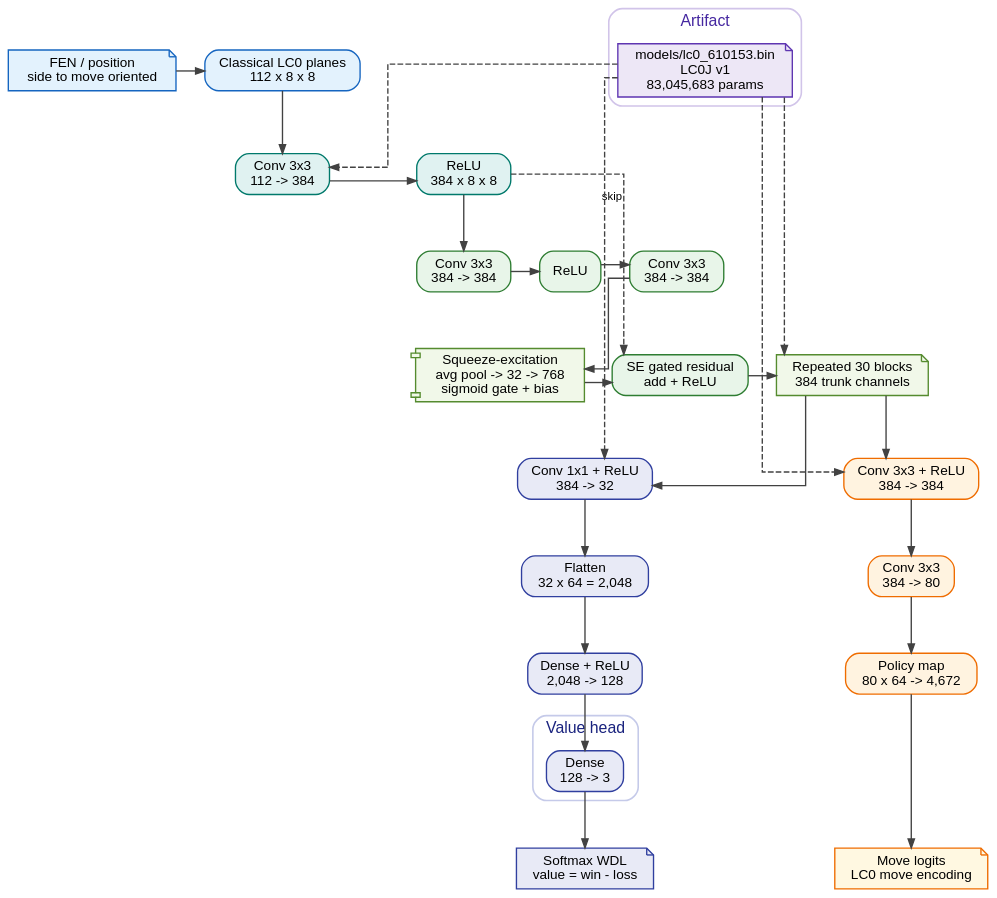
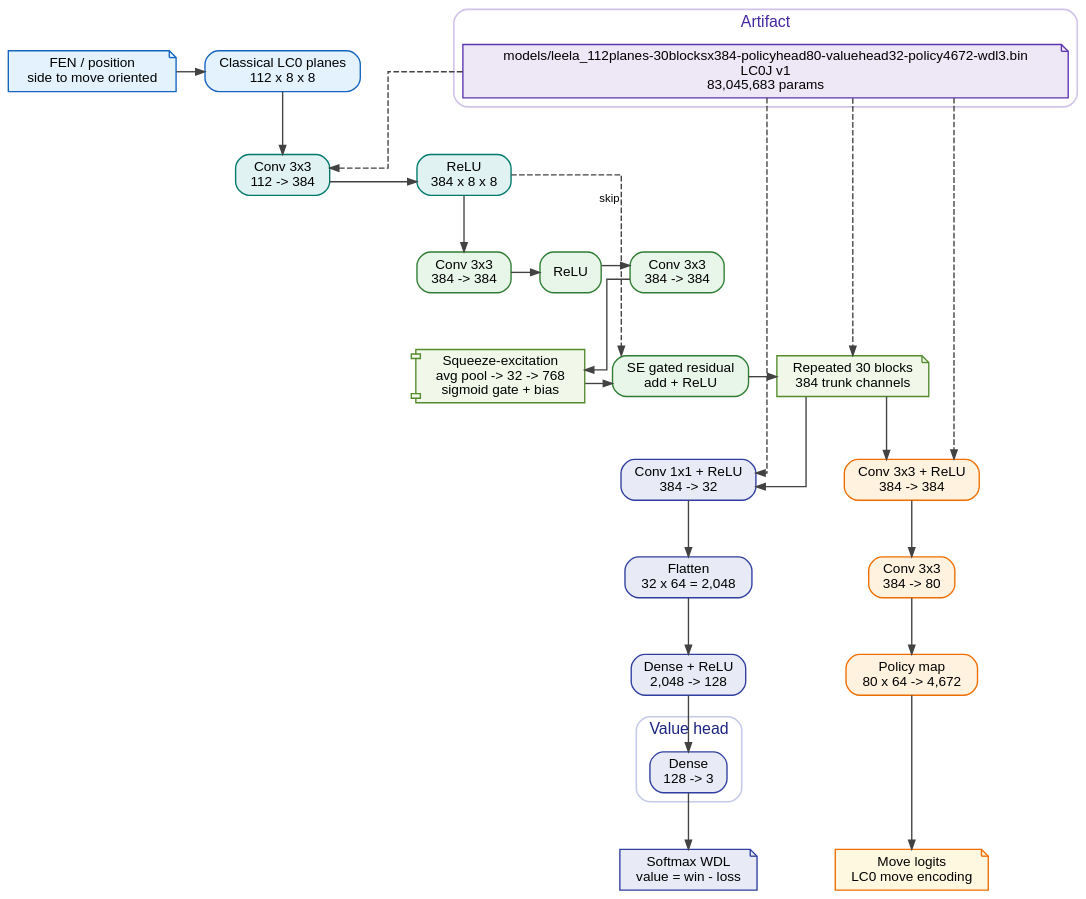
The diagram in assets/lc0-610153-architecture.dot (LenniAConrad/chess-models), drawn with Graphviz before and after one commit. The commit also changed 17 other files, not shown here.

```diff
--- a/assets/lc0-610153-architecture.dot
+++ b/assets/lc0-610153-architecture.dot
@@ -1,142 +1,142 @@
 /* LCZero #610153 architecture diagram.
  * Render:
  *   dot -Tsvg assets/lc0-610153-architecture.dot -o assets/lc0-610153-architecture.svg
  */
 digraph lc0_610153_architecture {
   rankdir=TB;
   bgcolor="transparent";
   splines=ortho;
   pad="0.20";
   nodesep="0.35";
   ranksep="0.70";
 
   graph [fontname="Helvetica", fontsize=14];
   node  [fontname="Helvetica", fontsize=12];
   edge  [fontname="Helvetica", fontsize=10, color="#424242", arrowsize=0.8, penwidth=1.2];
 
   subgraph cluster_input {
     label="Input encoding";
     style="rounded";
     color="#90CAF9";
     fontcolor="#0D47A1";
     penwidth=1.4;
 
     node [shape=note, style="filled", fillcolor="#E3F2FD", color="#1565C0", penwidth=1.2];
     position [label="FEN / position\nside to move oriented"];
 
     node [shape=box, style="rounded,filled", fillcolor="#E3F2FD", color="#1565C0", penwidth=1.2];
     planes [label="Classical LC0 planes\n112 x 8 x 8"];
   }
 
   subgraph cluster_stem {
     label="Stem";
     style="rounded";
     color="#B2DFDB";
     fontcolor="#004D40";
     penwidth=1.4;
 
     node [shape=box, style="rounded,filled", fillcolor="#E0F2F1", color="#00796B", penwidth=1.2];
     input_conv [label="Conv 3x3\n112 -> 384"];
     input_relu [label="ReLU\n384 x 8 x 8"];
   }
 
   subgraph cluster_tower {
     label="Residual tower";
     style="rounded";
     color="#A5D6A7";
     fontcolor="#1B5E20";
     penwidth=1.4;
 
     node [shape=box, style="rounded,filled", fillcolor="#E8F5E9", color="#2E7D32", penwidth=1.2];
     res_conv1 [label="Conv 3x3\n384 -> 384"];
     res_relu1 [label="ReLU"];
     res_conv2 [label="Conv 3x3\n384 -> 384"];
     res_add [label="SE gated residual\nadd + ReLU"];
 
     node [shape=component, style="filled", fillcolor="#F1F8E9", color="#558B2F", penwidth=1.2];
     se [label="Squeeze-excitation\navg pool -> 32 -> 768\nsigmoid gate + bias"];
 
     node [shape=note, style="filled", fillcolor="#F1F8E9", color="#558B2F", penwidth=1.2];
     repeat [label="Repeated 30 blocks\n384 trunk channels"];
   }
 
   subgraph cluster_policy {
     label="Policy head";
     style="rounded";
     color="#FFE082";
     fontcolor="#E65100";
     penwidth=1.4;
 
     node [shape=box, style="rounded,filled", fillcolor="#FFF3E0", color="#EF6C00", penwidth=1.2];
     policy_stem [label="Conv 3x3 + ReLU\n384 -> 384"];
     policy_out [label="Conv 3x3\n384 -> 80"];
     policy_map [label="Policy map\n80 x 64 -> 4,672"];
 
     node [shape=note, style="filled", fillcolor="#FFF8E1", color="#EF6C00", penwidth=1.2];
     policy_logits [label="Move logits\nLC0 move encoding"];
   }
 
   subgraph cluster_value {
     label="Value head";
     style="rounded";
     color="#C5CAE9";
     fontcolor="#1A237E";
     penwidth=1.4;
 
     node [shape=box, style="rounded,filled", fillcolor="#E8EAF6", color="#303F9F", penwidth=1.2];
     value_conv [label="Conv 1x1 + ReLU\n384 -> 32"];
     value_flat [label="Flatten\n32 x 64 = 2,048"];
     value_fc1 [label="Dense + ReLU\n2,048 -> 128"];
     value_fc2 [label="Dense\n128 -> 3"];
 
     node [shape=note, style="filled", fillcolor="#E8EAF6", color="#303F9F", penwidth=1.2];
     wdl [label="Softmax WDL\nvalue = win - loss"];
   }
 
   subgraph cluster_artifact {
     label="Artifact";
     style="rounded";
     color="#D1C4E9";
     fontcolor="#4527A0";
     penwidth=1.4;
 
     node [shape=note, style="filled", fillcolor="#EDE7F6", color="#5E35B1", penwidth=1.2];
-    weights [label="models/lc0_610153.bin\nLC0J v1\n83,045,683 params"];
+    weights [label="models/leela_112planes-30blocksx384-policyhead80-valuehead32-policy4672-wdl3.bin\nLC0J v1\n83,045,683 params"];
   }
 
   position -> planes;
   planes -> input_conv;
   input_conv -> input_relu;
   input_relu -> res_conv1;
   res_conv1 -> res_relu1;
   res_relu1 -> res_conv2;
   res_conv2 -> se;
   se -> res_add;
   input_relu -> res_add [style=dashed, xlabel="skip"];
   res_add -> repeat;
 
   repeat -> policy_stem;
   policy_stem -> policy_out;
   policy_out -> policy_map;
   policy_map -> policy_logits;
 
   repeat -> value_conv;
   value_conv -> value_flat;
   value_flat -> value_fc1;
   value_fc1 -> value_fc2;
   value_fc2 -> wdl;
 
   weights -> input_conv [style=dashed];
   weights -> repeat [style=dashed];
   weights -> policy_stem [style=dashed];
   weights -> value_conv [style=dashed];
 
   { rank=same; position; planes; }
   { rank=same; input_conv; input_relu; }
   { rank=same; res_conv1; res_relu1; res_conv2; }
   { rank=same; se; res_add; repeat; }
   { rank=same; policy_stem; value_conv; }
   { rank=same; policy_out; value_flat; }
   { rank=same; policy_map; value_fc1; }
   { rank=same; policy_logits; wdl; }
 }
```
